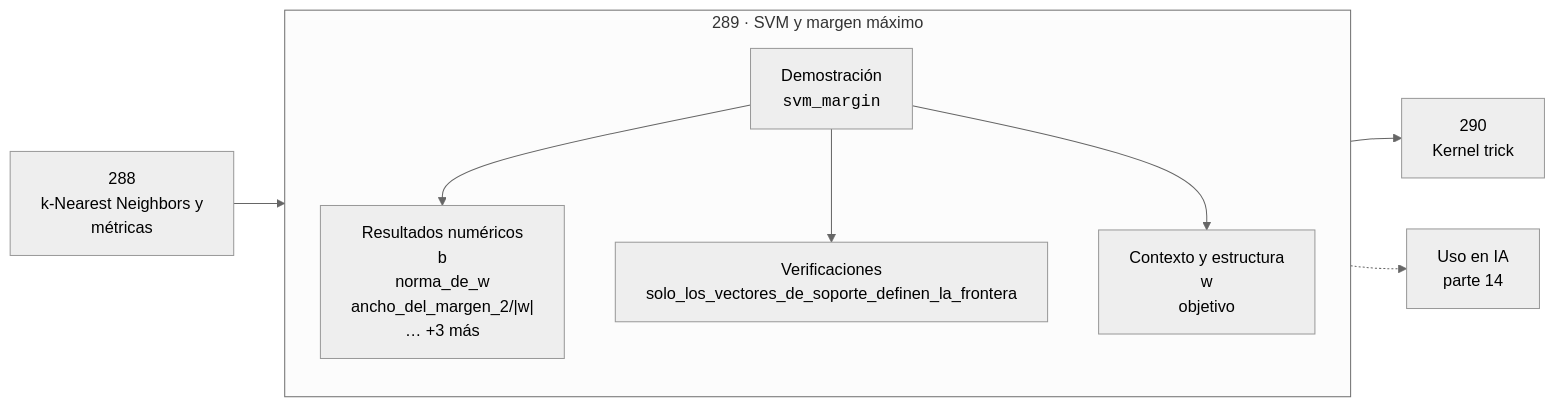
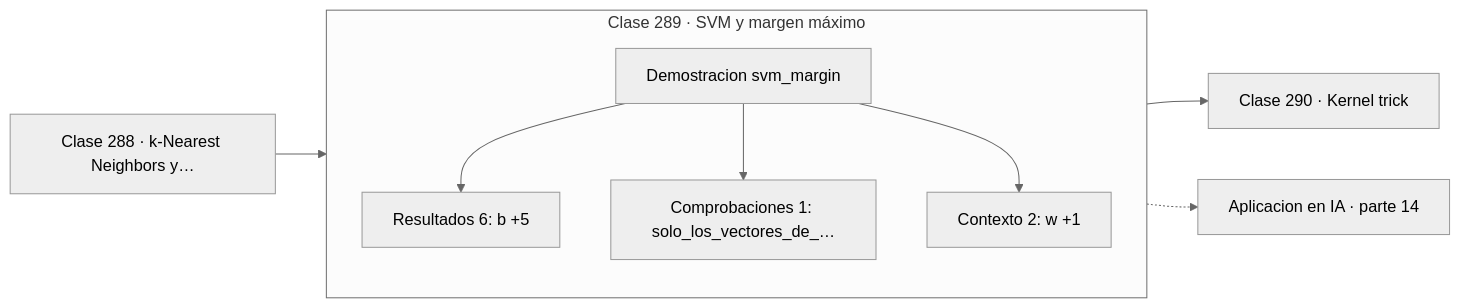
The diagram in classes/part-14-matematica-de-machine-learning/289-svm-y-margen-maximo/README.md (vladimiracunadev-create/computational-mathematics-program), drawn with Mermaid (neutral theme) before and after one commit. The commit also changed 389 other files, not shown here.

First line of the commit message:
fix(diagramas): elimina el HTML de las etiquetas Mermaid

````diff
--- a/classes/part-14-matematica-de-machine-learning/289-svm-y-margen-maximo/README.md
+++ b/classes/part-14-matematica-de-machine-learning/289-svm-y-margen-maximo/README.md
@@ -30,12 +30,13 @@
 ```mermaid
 flowchart LR
-    P["288<br/>k-Nearest Neighbors y<br/>métricas"] --> C
-    subgraph C["289 · SVM y margen máximo"]
+    P["Clase 288 · k-Nearest Neighbors y…"] --> D
+    subgraph CLASE["Clase 289 · SVM y margen máximo"]
         direction TB
-        D["Demostración<br/><code>svm_margin</code>"] --> R["Resultados numéricos<br/>b<br/>norma_de_w<br/>ancho_del_margen_2/|w|<br/>… +3 más"]
-        D --> V["Verificaciones<br/>solo_los_vectores_de_soporte_definen_la_frontera"]
-        D --> O["Contexto y estructura<br/>w<br/>objetivo"]
+        D["Demostracion svm_margin"]
+        D --> R["Resultados 6: b +5"]
+        D --> V["Comprobaciones 1: solo_los_vectores_de_…"]
+        D --> O["Contexto 2: w +1"]
     end
-    C --> N["290<br/>Kernel trick"]
-    C -.-> IA["Uso en IA<br/>parte 14"]
+    R --> N["Clase 290 · Kernel trick"]
+    V -.-> IA["Aplicacion en IA · parte 14"]
 ```
````
